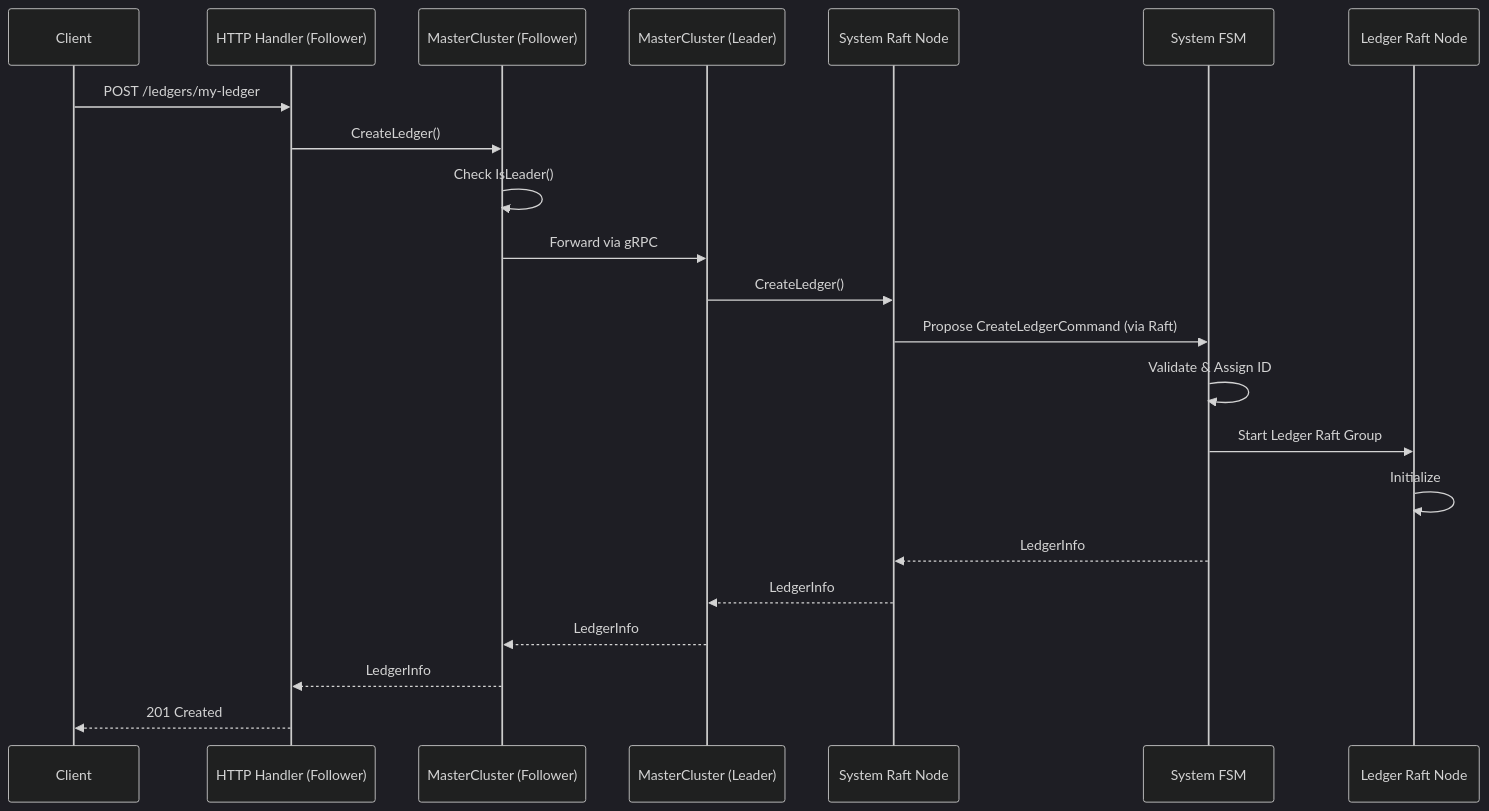
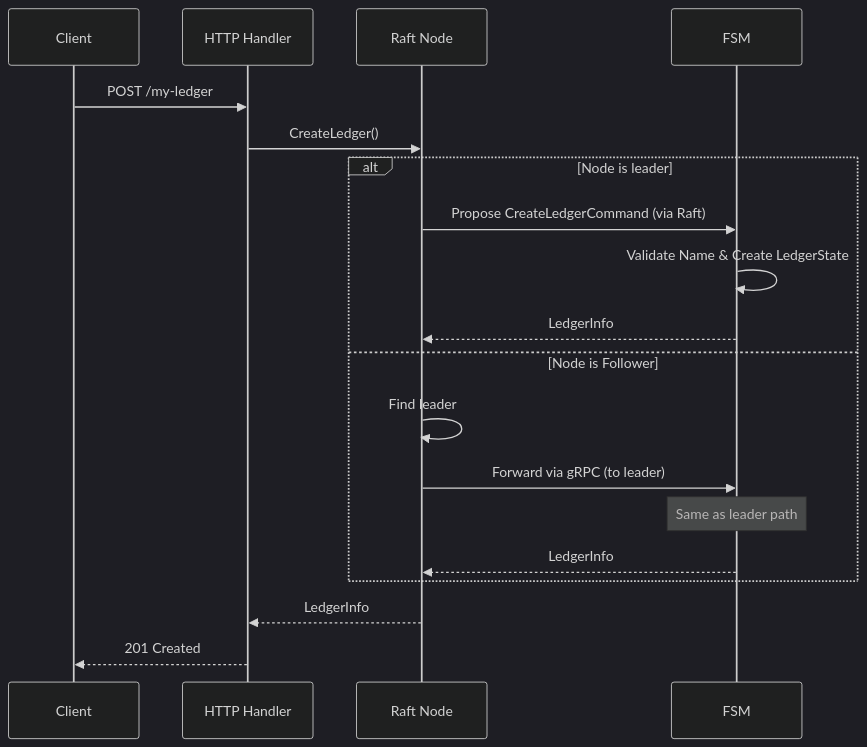
The second of 4 diagrams in docs/buckets-ledgers.md (formancehq/ledger), drawn with Mermaid (dark theme) before and after one commit. The commit also changed other lines of this file and 41 other files, not shown here.

````diff
--- a/docs/buckets-ledgers.md
+++ b/docs/buckets-ledgers.md
@@ -92,25 +84,24 @@
 ```mermaid
 sequenceDiagram
     participant Client
-    participant HTTP1 as HTTP Handler (Follower)
-    participant MasterCluster1 as MasterCluster (Follower)
-    participant MasterCluster2 as MasterCluster (Leader)
-    participant SystemNode as System Raft Node
-    participant SystemFSM as System FSM
-    participant LedgerNode as Ledger Raft Node
+    participant HTTP as HTTP Handler
+    participant RaftNode as Raft Node
+    participant FSM as FSM
     
-    Client->>HTTP1: POST /ledgers/my-ledger
-    HTTP1->>MasterCluster1: CreateLedger()
-    MasterCluster1->>MasterCluster1: Check IsLeader()
-    MasterCluster1->>MasterCluster2: Forward via gRPC
-    MasterCluster2->>SystemNode: CreateLedger()
-    SystemNode->>SystemFSM: Propose CreateLedgerCommand (via Raft)
-    SystemFSM->>SystemFSM: Validate & Assign ID
-    SystemFSM->>LedgerNode: Start Ledger Raft Group
-    LedgerNode->>LedgerNode: Initialize
-    SystemFSM-->>SystemNode: LedgerInfo
-    SystemNode-->>MasterCluster2: LedgerInfo
-    MasterCluster2-->>MasterCluster1: LedgerInfo
-    MasterCluster1-->>HTTP1: LedgerInfo
-    HTTP1-->>Client: 201 Created
+    Client->>HTTP: POST /my-ledger
+    HTTP->>RaftNode: CreateLedger()
+    
+    alt Node is leader
+        RaftNode->>FSM: Propose CreateLedgerCommand (via Raft)
+        FSM->>FSM: Validate Name & Create LedgerState
+        FSM-->>RaftNode: LedgerInfo
+    else Node is Follower
+        RaftNode->>RaftNode: Find leader
+        RaftNode->>FSM: Forward via gRPC (to leader)
+        Note over FSM: Same as leader path
+        FSM-->>RaftNode: LedgerInfo
+    end
+    
+    RaftNode-->>HTTP: LedgerInfo
+    HTTP-->>Client: 201 Created
 ```
````
